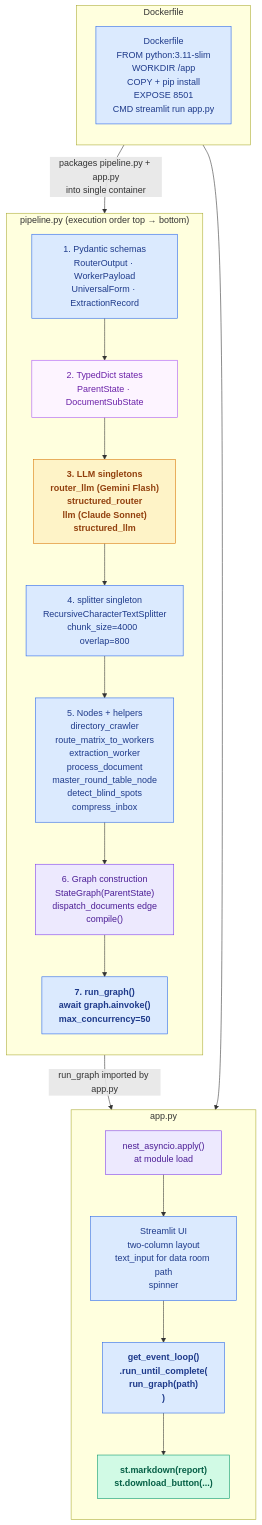
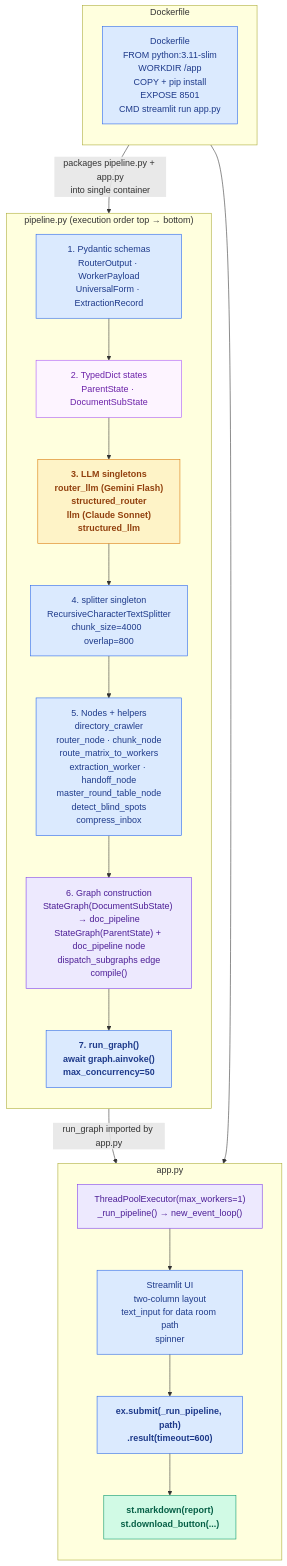
The diagram in walkthrough/README.md (rlin25/PrismForgeAI), drawn with Mermaid before and after one commit. The commit also changed other lines of this file and 6 other files, not shown here.

````diff
--- a/walkthrough/README.md
+++ b/walkthrough/README.md
@@ -14,42 +14,42 @@
 ```mermaid
 flowchart TD
     subgraph DF["Dockerfile"]
         direction TB
         DK["Dockerfile\nFROM python:3.11-slim\nWORKDIR /app\nCOPY + pip install\nEXPOSE 8501\nCMD streamlit run app.py"]:::proc
     end
 
     subgraph PL["pipeline.py  (execution order top → bottom)"]
         direction TB
         SC["1. Pydantic schemas\nRouterOutput · WorkerPayload\nUniversalForm · ExtractionRecord"]:::proc
         ST["2. TypedDict states\nParentState · DocumentSubState"]:::state
         SG["3. LLM singletons\nrouter_llm (Gemini Flash)\nstructured_router\nllm (Claude Sonnet)\nstructured_llm"]:::llm
         SP["4. splitter singleton\nRecursiveCharacterTextSplitter\nchunk_size=4000  overlap=800"]:::proc
-        ND["5. Nodes + helpers\ndirectory_crawler\nroute_matrix_to_workers\nextraction_worker\nprocess_document\nmaster_round_table_node\ndetect_blind_spots\ncompress_inbox"]:::proc
-        GC["6. Graph construction\nStateGraph(ParentState)\ndispatch_documents edge\ncompile()"]:::guard
+        ND["5. Nodes + helpers\ndirectory_crawler\nrouter_node · chunk_node\nroute_matrix_to_workers\nextraction_worker · handoff_node\nmaster_round_table_node\ndetect_blind_spots\ncompress_inbox"]:::proc
+        GC["6. Graph construction\nStateGraph(DocumentSubState) → doc_pipeline\nStateGraph(ParentState) + doc_pipeline node\ndispatch_subgraphs edge\ncompile()"]:::guard
         RG["7. run_graph()\nawait graph.ainvoke()\nmax_concurrency=50"]:::entry
     end
 
     subgraph AP["app.py"]
         direction TB
-        NA["nest_asyncio.apply()\nat module load"]:::guard
+        TB["ThreadPoolExecutor(max_workers=1)\n_run_pipeline() → new_event_loop()"]:::guard
         UI["Streamlit UI\ntwo-column layout\ntext_input for data room path\nspinner"]:::proc
-        RR["get_event_loop()\n.run_until_complete(\n  run_graph(path)\n)"]:::entry
+        RR["ex.submit(_run_pipeline, path)\n.result(timeout=600)"]:::entry
         MR["st.markdown(report)\nst.download_button(...)"]:::output
     end
 
     DK -->|"packages pipeline.py + app.py\ninto single container"| PL
     DK --> AP
     RG -->|"run_graph imported by app.py"| RR
-    NA --> UI
+    TB --> UI
     UI --> RR
     RR --> MR
 
     SC --> ST --> SG --> SP --> ND --> GC --> RG
 
     classDef llm fill:#FEF3C7,stroke:#D97706,color:#92400E,font-weight:bold
     classDef state fill:#FDF4FF,stroke:#A855F7,color:#6B21A8
     classDef entry fill:#DBEAFE,stroke:#2563EB,color:#1E3A8A,font-weight:bold
     classDef output fill:#D1FAE5,stroke:#059669,color:#065F46,font-weight:bold
     classDef guard fill:#EDE9FE,stroke:#7C3AED,color:#4C1D95
     classDef proc fill:#DBEAFE,stroke:#2563EB,color:#1E3A8A
 ```
````
